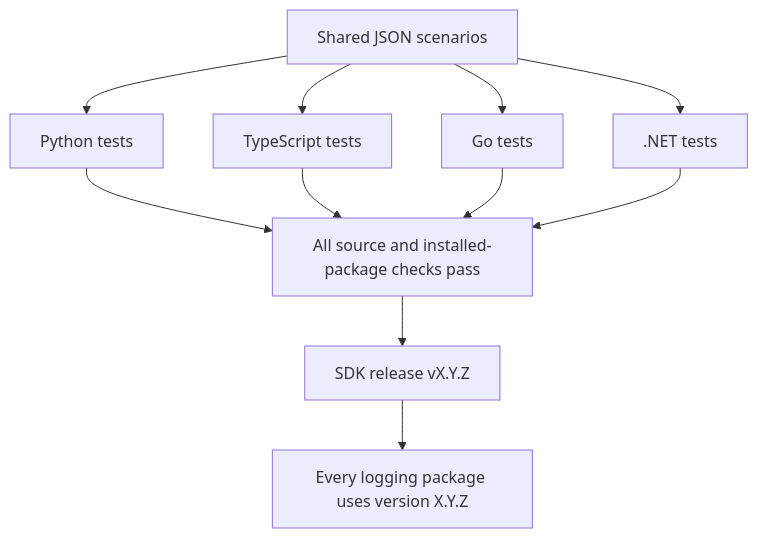
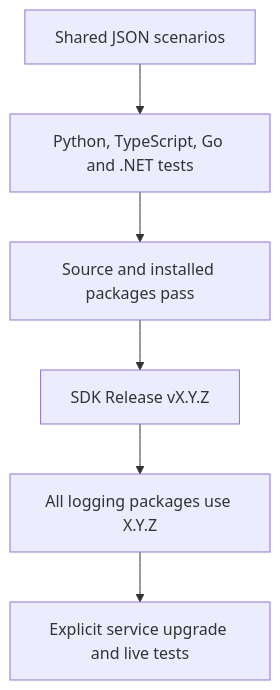
One commit to onenexus-team/onenexus-sdks changed the diagram in docs/logging.md. Above: the diagram before and after it, drawn with Mermaid. The commit also changed other lines of this file and 15 other files, not shown here.

Commit message:
Simplify logging validation docs and single-package release helpers

````diff
--- a/docs/logging.md
+++ b/docs/logging.md
@@ -3,13 +3,8 @@
 ```mermaid
 flowchart TD
-    T[Shared JSON scenarios] --> P[Python tests]
-    T --> N[TypeScript tests]
-    T --> G[Go tests]
-    T --> D[.NET tests]
-    P --> Gate[All source and installed-package checks pass]
-    N --> Gate
-    G --> Gate
-    D --> Gate
-    Gate --> R[SDK release vX.Y.Z]
-    R --> A[Every logging package uses version X.Y.Z]
+    Cases[Shared JSON scenarios] --> Tests[Python, TypeScript, Go and .NET tests]
+    Tests --> Gate[Source and installed packages pass]
+    Gate --> Release[SDK Release vX.Y.Z]
+    Release --> Packages[All logging packages use X.Y.Z]
+    Packages --> Service[Explicit service upgrade and live tests]
 ```
````
